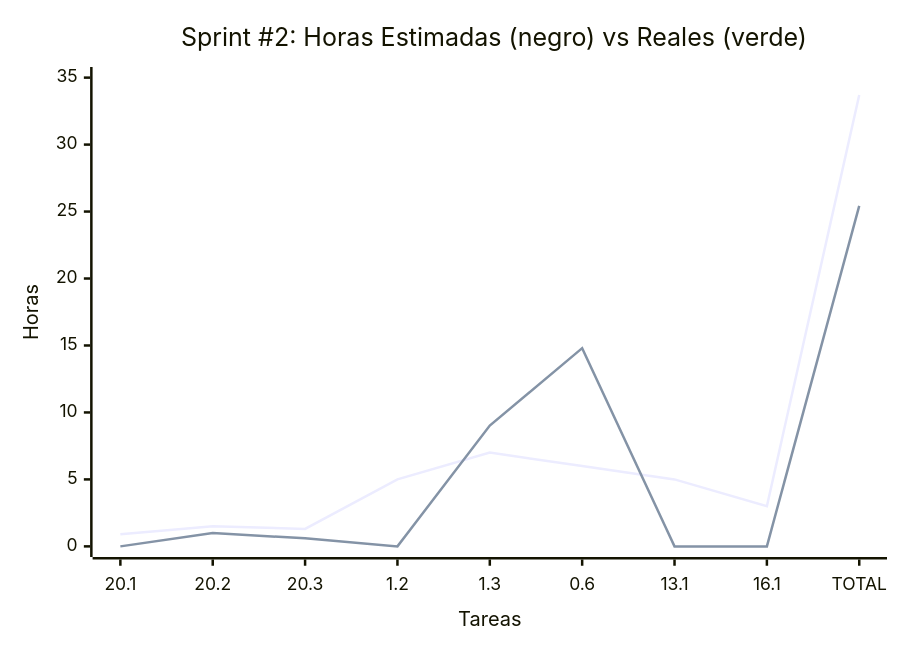
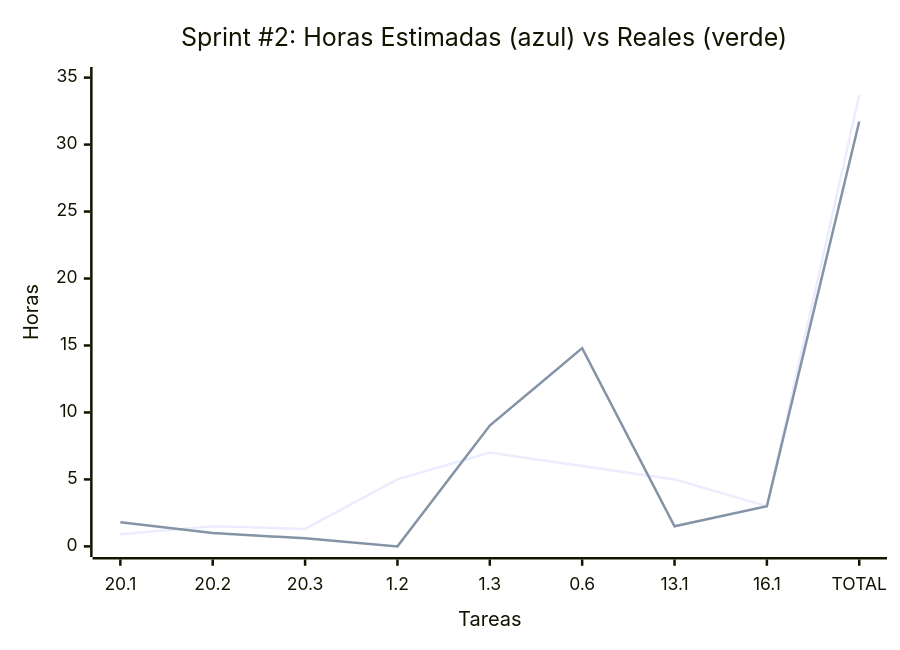
One commit to MarkMed/FleetMan changed the second of 2 diagrams in docs/SprintsPlanning.md. Above: the diagram before and after it, drawn with Mermaid. The commit also changed other lines of this file, not shown here.

Commit message:
fix: Update sprint planning documentation with corrected estimated and actual hours

````diff
--- a/docs/SprintsPlanning.md
+++ b/docs/SprintsPlanning.md
@@ -91,12 +91,12 @@
 ```mermaid
 xychart-beta
-    title "Sprint #2: Horas Estimadas #40;negro#41; vs Reales #40;verde#41;"
+    title "Sprint #2: Horas Estimadas #40;azul#41; vs Reales #40;verde#41;"
     x-axis "Tareas" ["20.1", "20.2", "20.3", "1.2", "1.3", "0.6", "13.1", "16.1", "TOTAL"]
     y-axis "Horas" 0 --> 35
 	
 	%% Black line
     line [0.9, 1.5, 1.3, 5, 7, 6, 5, 3, 33.7]
 
 	%% Green line
-    line [0, 1, 0.6, 0, 9.02, 14.8, 0, 0, 25.42]
+    line [1.8, 1, 0.6, 0, 9.02, 14.8, 1.5, 3, 31.72]
 ```
````
